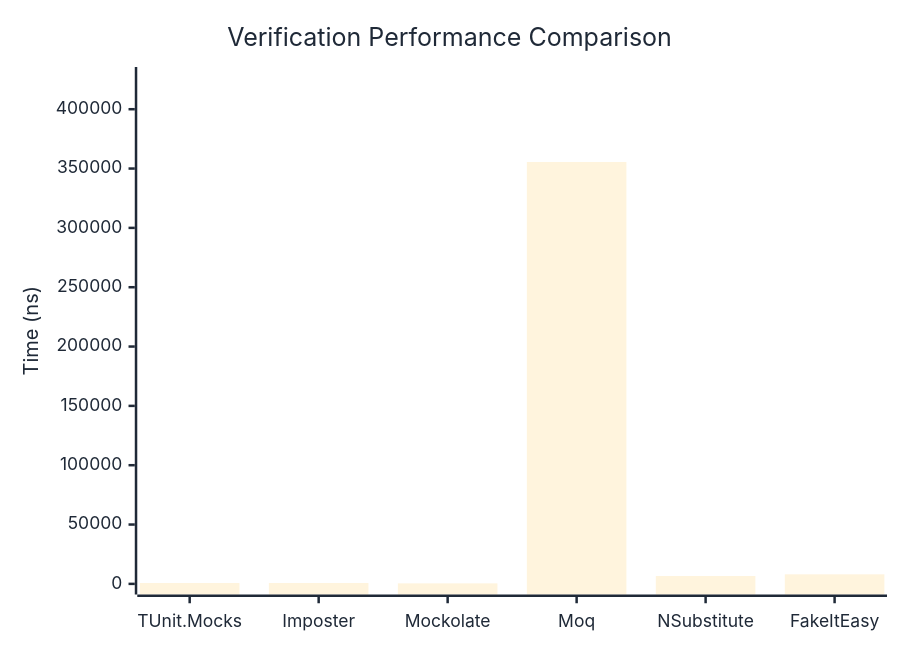
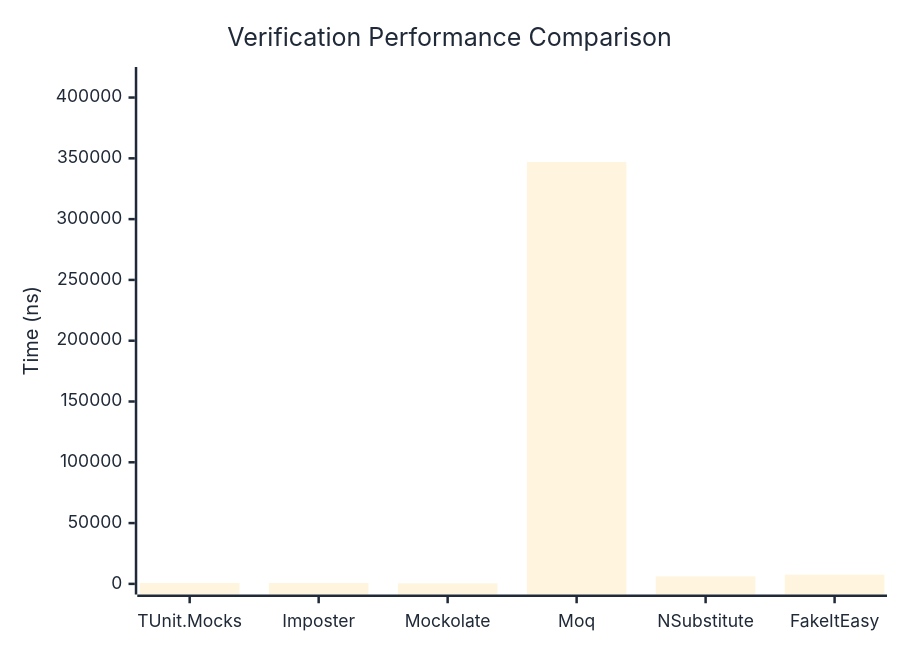
The first of 3 diagrams in docs/docs/benchmarks/mocks/Verification.md (thomhurst/TUnit), drawn with Mermaid before and after one commit. The commit also changed other lines of this file and 14 other files, not shown here.

````diff
--- a/docs/docs/benchmarks/mocks/Verification.md
+++ b/docs/docs/benchmarks/mocks/Verification.md
@@ -30,27 +30,27 @@
 ```mermaid
 %%{init: {
   'theme':'base',
   'themeVariables': {
     'primaryColor': '#2563eb',
     'primaryTextColor': '#1f2937',
     'primaryBorderColor': '#1e40af',
     'lineColor': '#6b7280',
     'secondaryColor': '#7c3aed',
     'tertiaryColor': '#dc2626',
     'background': '#ffffff',
     'pie1': '#2563eb',
     'pie2': '#7c3aed',
     'pie3': '#dc2626',
     'pie4': '#f59e0b',
     'pie5': '#10b981',
     'pie6': '#06b6d4',
     'pie7': '#ec4899',
     'pie8': '#6366f1'
   }
 }}%%
 xychart-beta
   title "Verification Performance Comparison"
   x-axis ["TUnit.Mocks", "Imposter", "Mockolate", "Moq", "NSubstitute", "FakeItEasy"]
-  y-axis "Time (ns)" 0 --> 426619
-  bar [720.51, 722.04, 432.71, 355515.56, 6621.68, 8049.05]
+  y-axis "Time (ns)" 0 --> 416380
+  bar [743.44, 702.3, 417.43, 346982.8, 6122.32, 7566.98]
 ```
````
